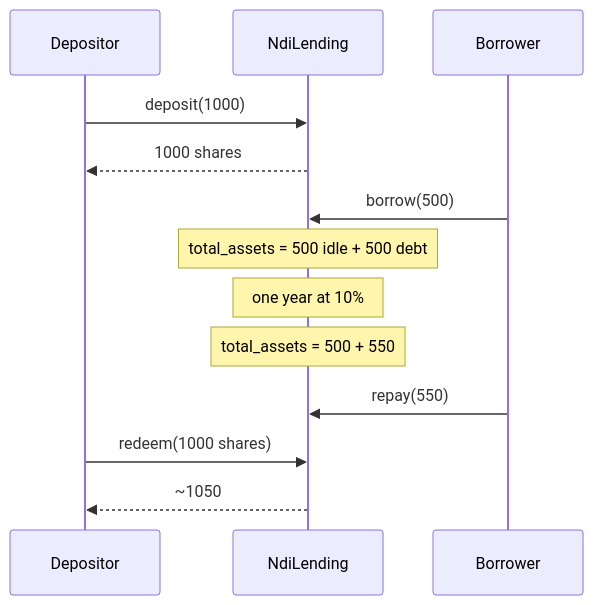
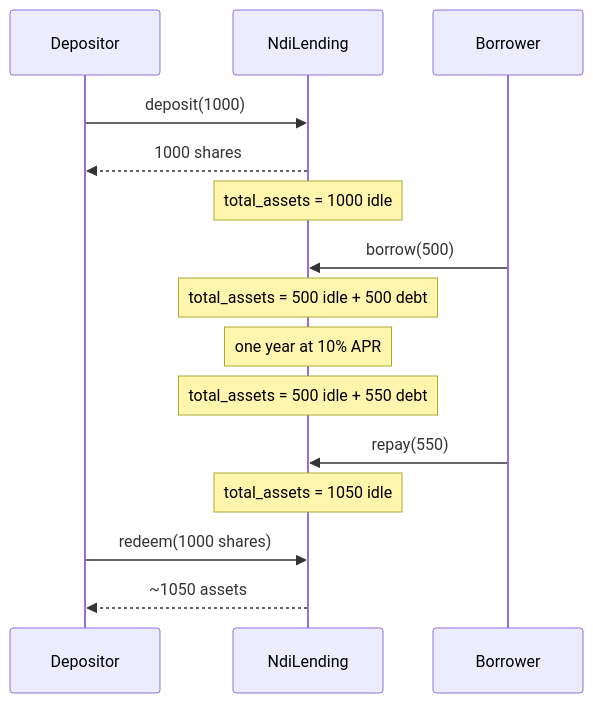
The fourth of 5 diagrams in docs/stellar/ARCHITECTURE.md (Ariyagold/Ndi-Fi), drawn with Mermaid before and after one commit. The commit also changed other lines of this file, not shown here.

First line of the commit message:
docs(stellar): complete ARCHITECTURE.md with token, lending, staking mappings

````diff
--- a/docs/stellar/ARCHITECTURE.md
+++ b/docs/stellar/ARCHITECTURE.md
@@ -58,15 +415,21 @@
 ```mermaid
 sequenceDiagram
     participant D as Depositor
     participant L as NdiLending
     participant B as Borrower
+
     D->>L: deposit(1000)
     L-->>D: 1000 shares
+    Note over L: total_assets = 1000 idle
+
     B->>L: borrow(500)
     Note over L: total_assets = 500 idle + 500 debt
-    Note over L: one year at 10%
-    Note over L: total_assets = 500 + 550
+    Note over L: one year at 10% APR
+    Note over L: total_assets = 500 idle + 550 debt
+
     B->>L: repay(550)
+    Note over L: total_assets = 1050 idle
+
     D->>L: redeem(1000 shares)
-    L-->>D: ~1050
+    L-->>D: ~1050 assets
 ```
````
